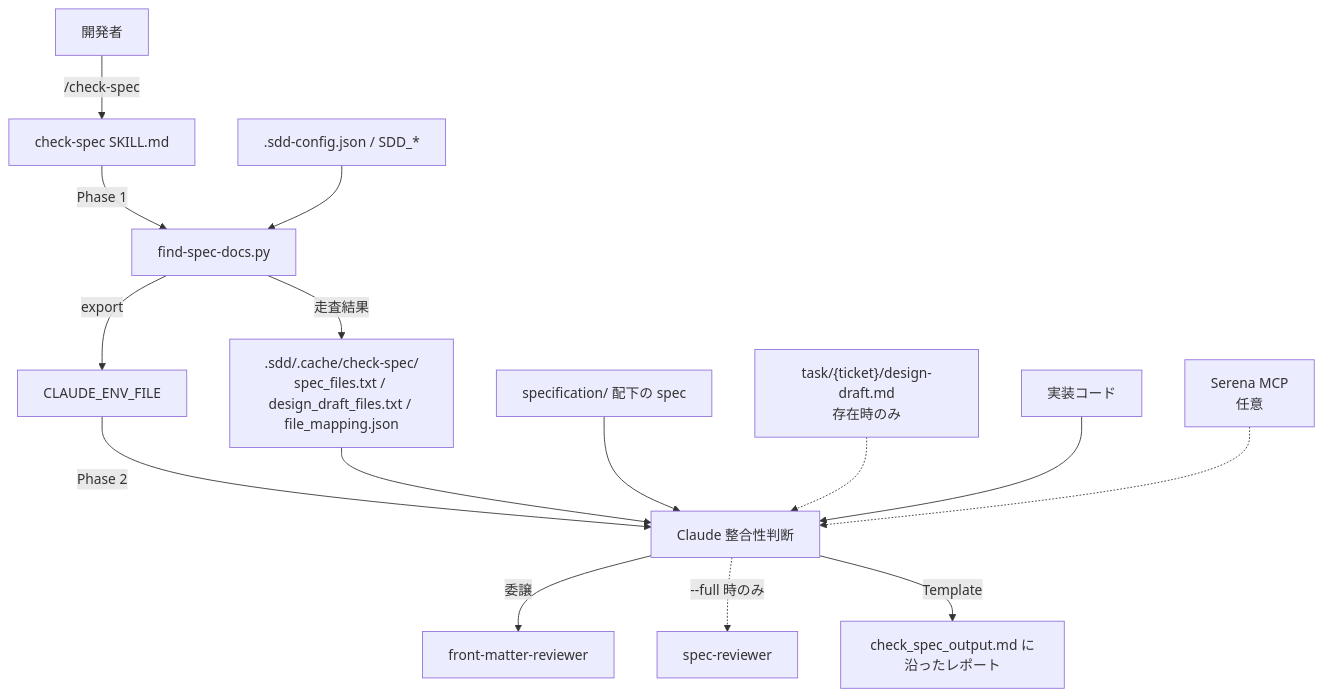
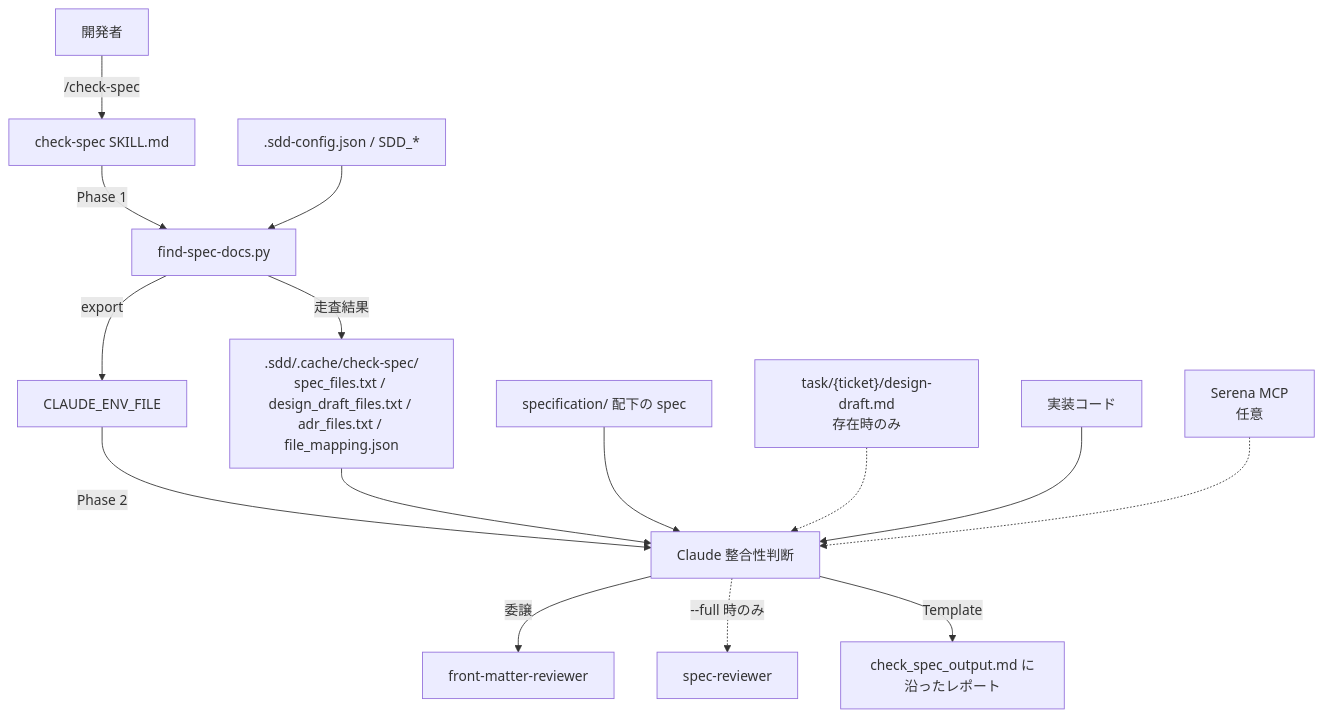
The diagram in .sdd/specification/quality-guardrails/impl-spec-check_design.md (ToshikiImagawa/ai-sdd-workflow-dev), drawn with Mermaid before and after one commit. The commit also changed other lines of this file and 65 other files, not shown here.

````diff
--- a/.sdd/specification/quality-guardrails/impl-spec-check_design.md
+++ b/.sdd/specification/quality-guardrails/impl-spec-check_design.md
@@ -77,17 +77,17 @@
 ```mermaid
 graph TD
     Dev[開発者] -->|/check-spec| Skill[check-spec SKILL.md]
     Skill -->|Phase 1| Script[find-spec-docs.py]
     Config[.sdd-config.json / SDD_*] --> Script
-    Script -->|走査結果| Cache[".sdd/.cache/check-spec/<br/>spec_files.txt / design_draft_files.txt / file_mapping.json"]
+    Script -->|走査結果| Cache[".sdd/.cache/check-spec/<br/>spec_files.txt / design_draft_files.txt / adr_files.txt / file_mapping.json"]
     Script -->|export| Env[CLAUDE_ENV_FILE]
     Env -->|Phase 2| Claude[Claude 整合性判断]
     Cache --> Claude
     Spec["specification/ 配下の spec"] --> Claude
     Draft["task/{ticket}/design-draft.md<br/>存在時のみ"] -.-> Claude
     Impl[実装コード] --> Claude
     Claude -->|委譲| FMR[front-matter-reviewer]
     Claude -.->|--full 時のみ| SR[spec-reviewer]
     Claude -->|Template| Report[check_spec_output.md に沿ったレポート]
     Serena[Serena MCP<br/>任意] -.-> Claude
 ```
````
